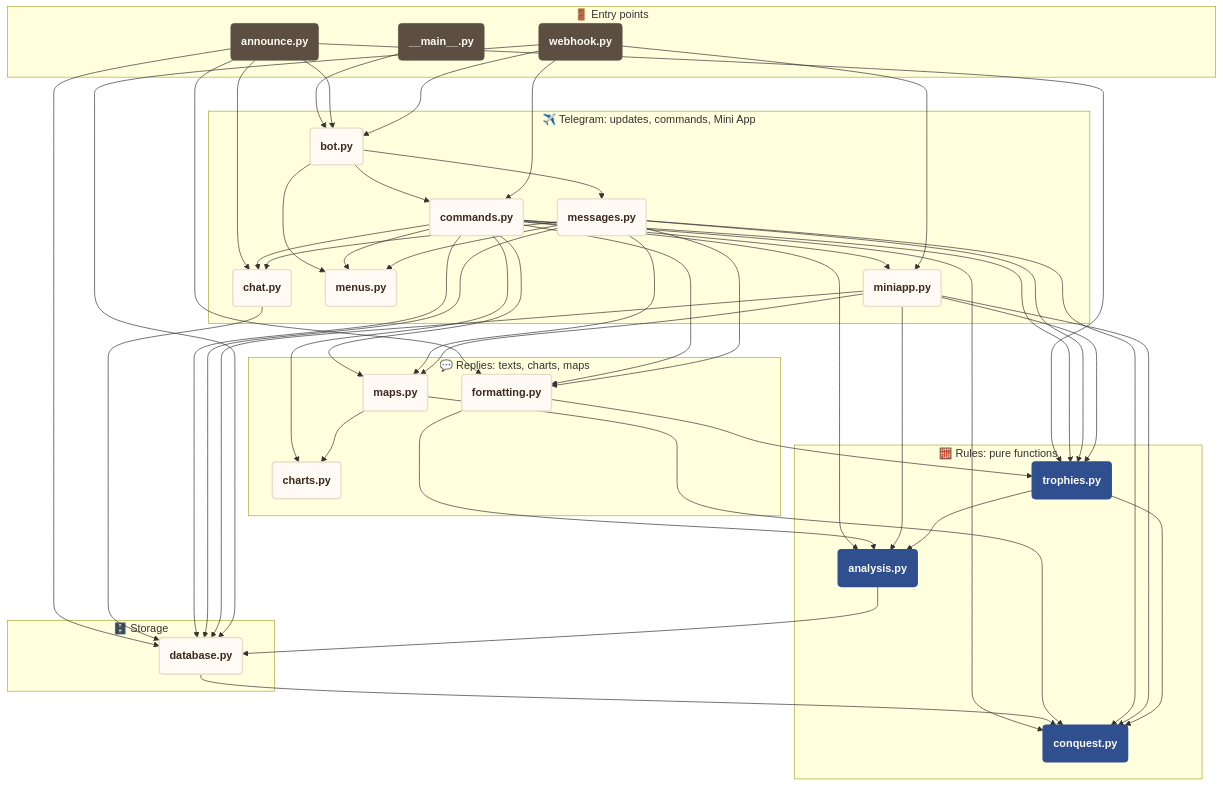
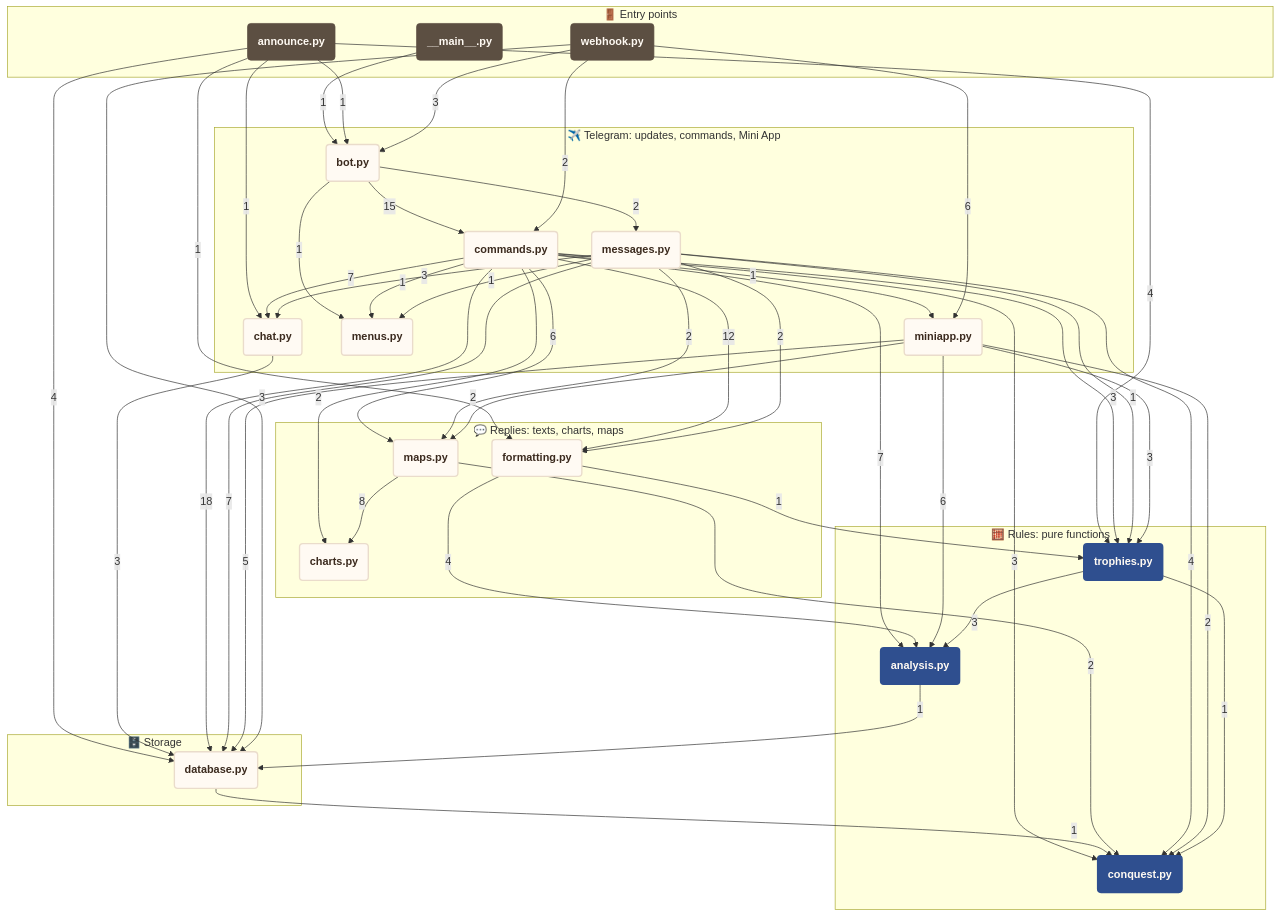
The first of 6 diagrams in docs/architecture.md (francescoperrino/Caccometro), drawn with Mermaid before and after one commit. The commit also changed other lines of this file and 1 other file, not shown here.

Commit message:
Show on each dependency arrow how many names of the imported module are used (#204)

````diff
--- a/docs/architecture.md
+++ b/docs/architecture.md
@@ -51,79 +51,79 @@
 ```mermaid
 flowchart TD
     subgraph start["🚪 Entry points"]
         __main__("<b>__main__.py</b>")
         webhook("<b>webhook.py</b>")
         announce("<b>announce.py</b>")
     end
     subgraph telegram["✈️ Telegram: updates, commands, Mini App"]
         bot("<b>bot.py</b>")
         commands("<b>commands.py</b>")
         messages("<b>messages.py</b>")
         chat("<b>chat.py</b>")
         menus("<b>menus.py</b>")
         miniapp("<b>miniapp.py</b>")
     end
     subgraph replies["💬 Replies: texts, charts, maps"]
         formatting("<b>formatting.py</b>")
         charts("<b>charts.py</b>")
         maps("<b>maps.py</b>")
     end
     subgraph rules["🧮 Rules: pure functions"]
         analysis("<b>analysis.py</b>")
         trophies("<b>trophies.py</b>")
         conquest("<b>conquest.py</b>")
     end
     subgraph storage["🗄️ Storage"]
         database("<b>database.py</b>")
     end
-    __main__ --> bot
-    analysis --> database
-    announce --> bot
-    announce --> chat
-    announce --> database
-    announce --> formatting
-    announce --> trophies
-    bot --> commands
-    bot --> menus
-    bot --> messages
-    chat --> database
-    commands --> analysis
-    commands --> charts
-    commands --> chat
-    commands --> conquest
-    commands --> database
-    commands --> formatting
-    commands --> maps
-    commands --> menus
-    commands --> miniapp
-    commands --> trophies
-    database --> conquest
-    formatting --> analysis
-    formatting --> trophies
-    maps --> charts
-    maps --> conquest
-    messages --> chat
-    messages --> conquest
-    messages --> database
-    messages --> formatting
-    messages --> maps
-    messages --> menus
-    messages --> trophies
-    miniapp --> analysis
-    miniapp --> conquest
-    miniapp --> database
-    miniapp --> maps
-    miniapp --> trophies
-    trophies --> analysis
-    trophies --> conquest
-    webhook --> bot
-    webhook --> commands
-    webhook --> database
-    webhook --> miniapp
+    __main__ -->|"1"| bot
+    analysis -->|"1"| database
+    announce -->|"1"| bot
+    announce -->|"1"| chat
+    announce -->|"4"| database
+    announce -->|"1"| formatting
+    announce -->|"4"| trophies
+    bot -->|"15"| commands
+    bot -->|"1"| menus
+    bot -->|"2"| messages
+    chat -->|"3"| database
+    commands -->|"7"| analysis
+    commands -->|"2"| charts
+    commands -->|"7"| chat
+    commands -->|"3"| conquest
+    commands -->|"18"| database
+    commands -->|"12"| formatting
+    commands -->|"6"| maps
+    commands -->|"1"| menus
+    commands -->|"1"| miniapp
+    commands -->|"3"| trophies
+    database -->|"1"| conquest
+    formatting -->|"4"| analysis
+    formatting -->|"1"| trophies
+    maps -->|"8"| charts
+    maps -->|"2"| conquest
+    messages -->|"3"| chat
+    messages -->|"4"| conquest
+    messages -->|"7"| database
+    messages -->|"2"| formatting
+    messages -->|"2"| maps
+    messages -->|"1"| menus
+    messages -->|"1"| trophies
+    miniapp -->|"6"| analysis
+    miniapp -->|"2"| conquest
+    miniapp -->|"5"| database
+    miniapp -->|"2"| maps
+    miniapp -->|"3"| trophies
+    trophies -->|"3"| analysis
+    trophies -->|"1"| conquest
+    webhook -->|"3"| bot
+    webhook -->|"2"| commands
+    webhook -->|"3"| database
+    webhook -->|"6"| miniapp
     classDef step fill:#fffaf3,stroke:#eadccb,stroke-width:2px,color:#3b2a1e
     classDef main fill:#2f4f8f,stroke:#2f4f8f,color:#fffaf3
     classDef person fill:#5c4f42,stroke:#5c4f42,color:#fffaf3
     class __main__,webhook,announce person
     class bot,commands,messages,chat,menus,miniapp,formatting,charts,maps,analysis,trophies,conquest,database step
     class analysis,trophies,conquest main
 ```
````
